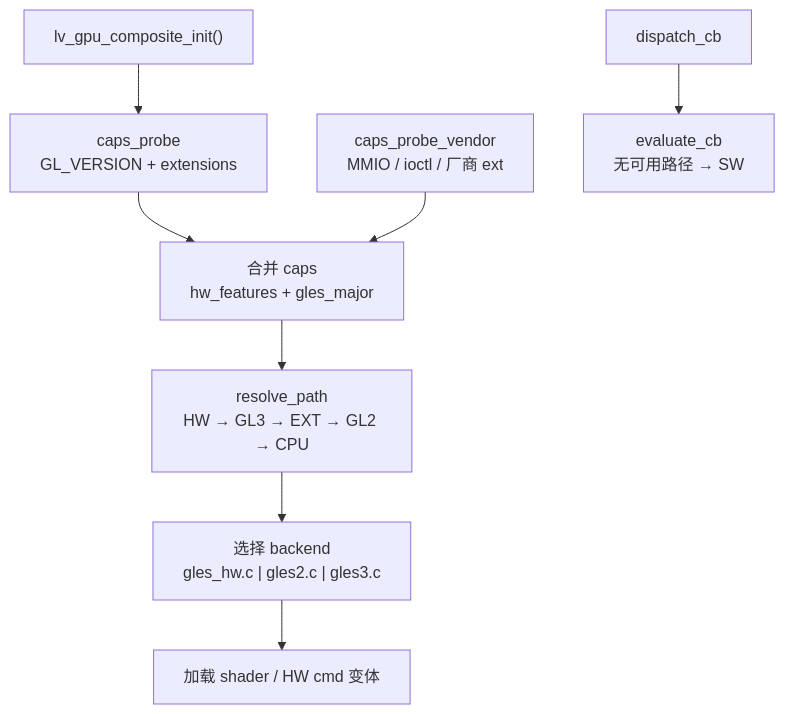
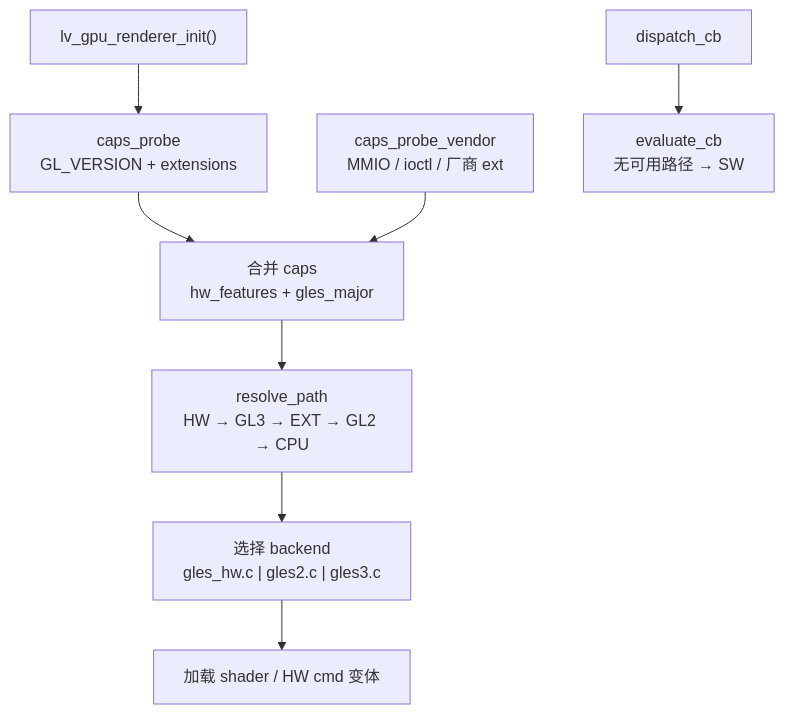
Before and after one commit to ganzhong007/lv_port_linux: the ninth of 18 diagrams in docs/LVGL_2D3D_BACKEND_PLAN.md, drawn with Mermaid. The commit also changed other lines of this file and 5 other files, not shown here.

First line of the commit message:
Add LVGL GPU renderer support with verification scripts and documentation updates.

````diff
--- a/docs/LVGL_2D3D_BACKEND_PLAN.md
+++ b/docs/LVGL_2D3D_BACKEND_PLAN.md
@@ -896,17 +896,17 @@
 ```mermaid
 flowchart TB
-    Init["lv_gpu_composite_init()"]
+    Init["lv_gpu_renderer_init()"]
     ProbeGL["caps_probe\nGL_VERSION + extensions"]
     ProbeHW["caps_probe_vendor\nMMIO / ioctl / 厂商 ext"]
     Merge["合并 caps\nhw_features + gles_major"]
     Resolve["resolve_path\nHW → GL3 → EXT → GL2 → CPU"]
     Select["选择 backend\ngles_hw.c | gles2.c | gles3.c"]
     Shader["加载 shader / HW cmd 变体"]
     Dispatch["dispatch_cb"]
     Eval["evaluate_cb\n无可用路径 → SW"]
 
     Init --> ProbeGL --> Merge
     ProbeHW --> Merge
     Merge --> Resolve --> Select --> Shader
     Dispatch --> Eval
 ```
````
